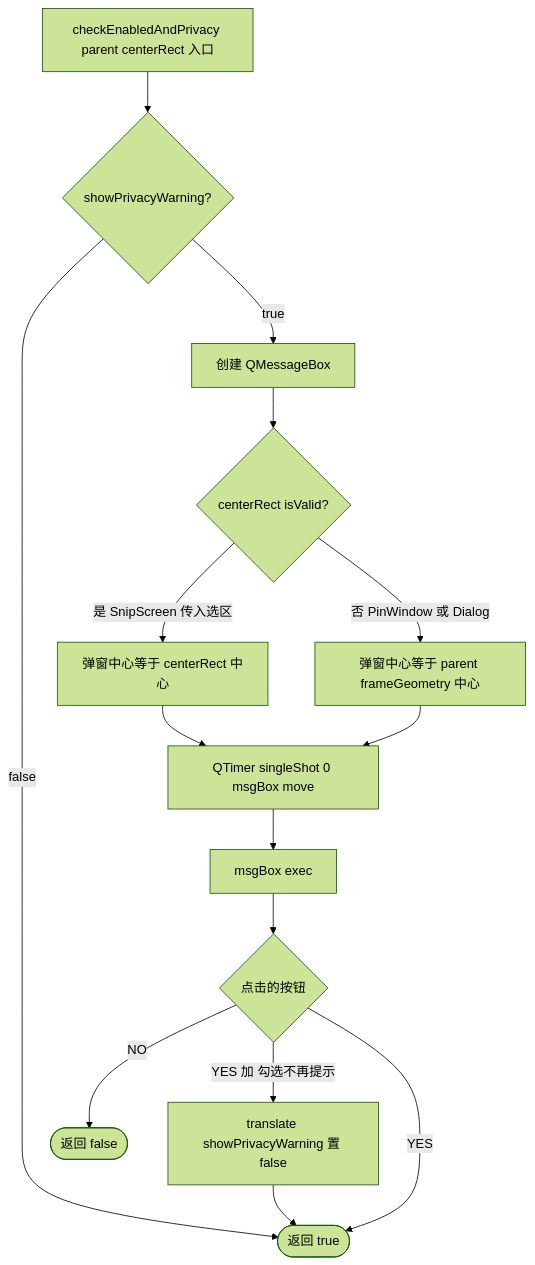
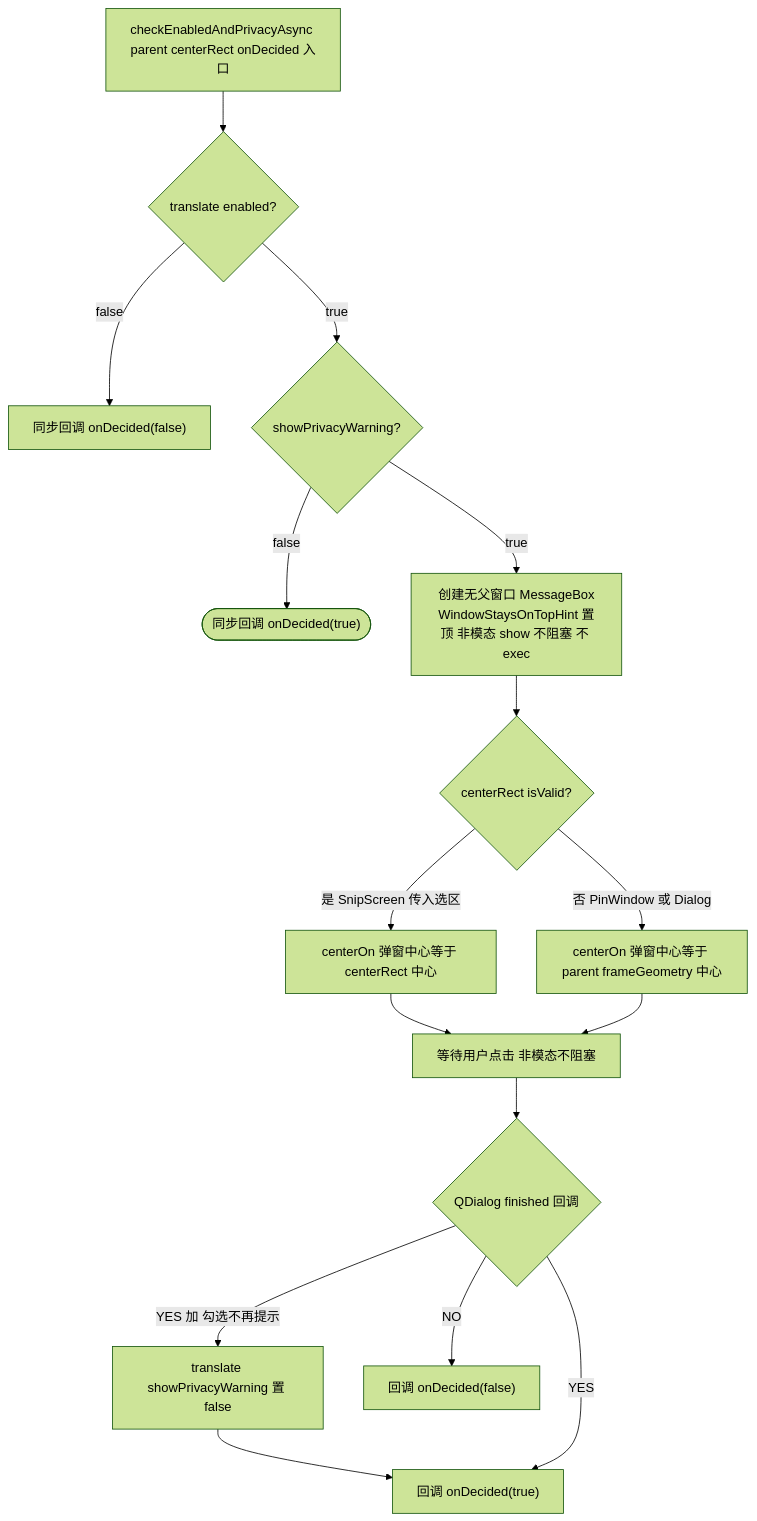
Before and after one commit to ChiangyangNPU/quick-shot: diagram 11 of 12 in docs/translation-design.md, drawn with Mermaid (forest theme). The commit also changed other lines of this file and 3 other files, not shown here.

````diff
--- a/docs/translation-design.md
+++ b/docs/translation-design.md
@@ -624,18 +649,20 @@
 ```mermaid
 flowchart TD
-    Start["checkEnabledAndPrivacy parent centerRect 入口"] --> ShowWarning{"showPrivacyWarning?"}
-    ShowWarning -->|"false"| RetTrue(["返回 true"])
-    ShowWarning -->|"true"| CreateDlg["创建 QMessageBox"]
+    Start["checkEnabledAndPrivacyAsync parent centerRect onDecided 入口"] --> Enabled{"translate enabled?"}
+    Enabled -->|"false"| CbFalse["同步回调 onDecided(false)"]
+    Enabled -->|"true"| ShowWarning{"showPrivacyWarning?"}
+    ShowWarning -->|"false"| CbTrue(["同步回调 onDecided(true)"])
+    ShowWarning -->|"true"| CreateDlg["创建无父窗口 MessageBox<br/>WindowStaysOnTopHint 置顶 非模态 show 不阻塞 不 exec"]
 
     CreateDlg --> PosCalc{"centerRect isValid?"}
-    PosCalc -->|"是 SnipScreen 传入选区"| Calc1["弹窗中心等于 centerRect 中心"]
-    PosCalc -->|"否 PinWindow 或 Dialog"| Calc2["弹窗中心等于 parent frameGeometry 中心"]
-    Calc1 --> MoveTimer["QTimer singleShot 0 msgBox move"]
-    Calc2 --> MoveTimer
+    PosCalc -->|"是 SnipScreen 传入选区"| Calc1["centerOn 弹窗中心等于 centerRect 中心"]
+    PosCalc -->|"否 PinWindow 或 Dialog"| Calc2["centerOn 弹窗中心等于 parent frameGeometry 中心"]
 
-    MoveTimer --> Exec["msgBox exec"]
-    Exec --> UserClick{"点击的按钮"}
-    UserClick -->|"YES 加 勾选不再提示"| SaveCfg["translate showPrivacyWarning 置 false"] --> RetTrue
-    UserClick -->|"YES"| RetTrue
-    UserClick -->|"NO"| RetFalse(["返回 false"])
+    Calc1 --> Wait["等待用户点击 非模态不阻塞"]
+    Calc2 --> Wait
+
+    Wait --> Finished{"QDialog finished 回调"}
+    Finished -->|"YES 加 勾选不再提示"| SaveCfg["translate showPrivacyWarning 置 false"] --> CbOk["回调 onDecided(true)"]
+    Finished -->|"YES"| CbOk
+    Finished -->|"NO"| CbNo["回调 onDecided(false)"]
 ```
````
